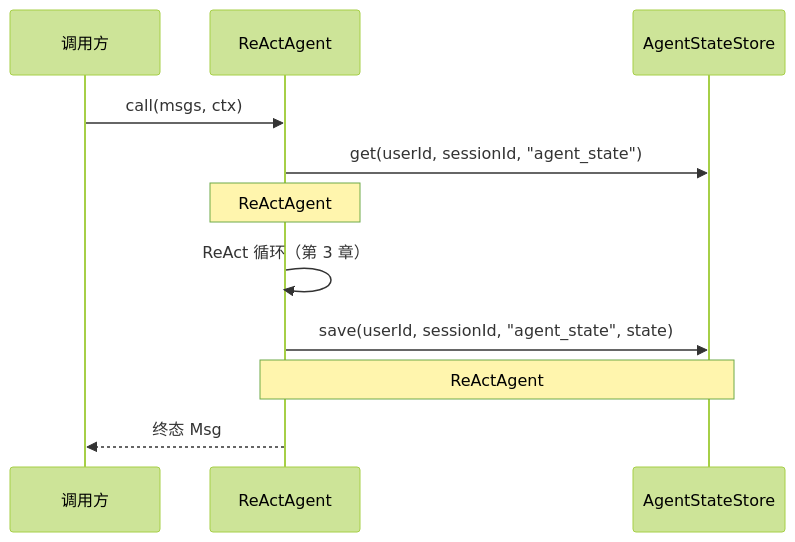
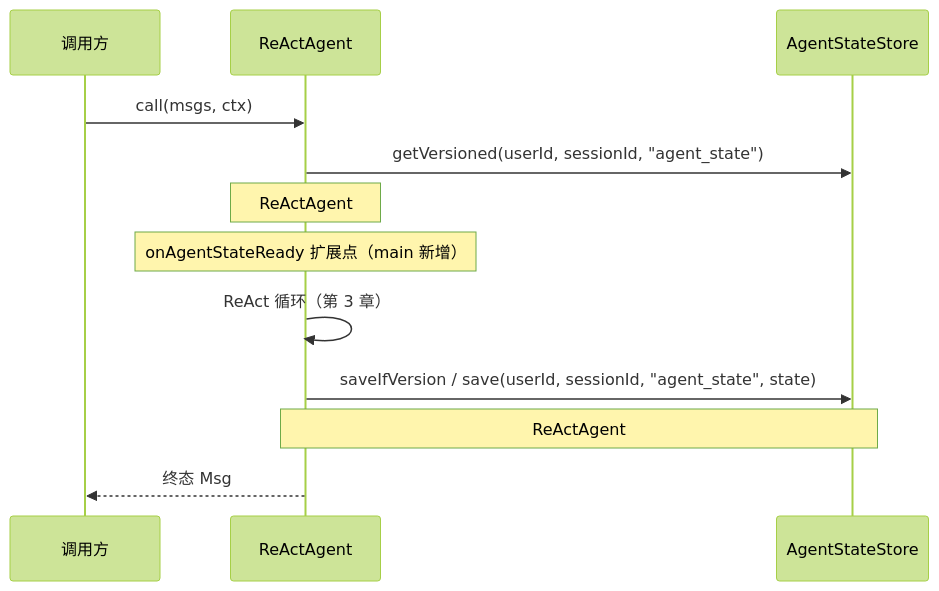
The third of 5 diagrams in 02-消息与状态模型.md (liulangjietou/AgentScope-source-analysis), drawn with Mermaid (forest theme) before and after one commit. The commit also changed other lines of this file, not shown here.

First line of the commit message:
docs(ch02): sync message and state model to upstream main e9721285

````diff
--- a/02-消息与状态模型.md
+++ b/02-消息与状态模型.md
@@ -164,14 +207,15 @@
 ```mermaid
 sequenceDiagram
     participant C as 调用方
     participant RA as ReActAgent
     participant SS as AgentStateStore
 
     C->>RA: call(msgs, ctx)
-    RA->>SS: get(userId, sessionId, "agent_state")
-    Note over RA: ReActAgent#activateSlotForContext<br/>加载或新建 AgentState<br/>重建 PermissionEngine / 恢复激活工具组
+    RA->>SS: getVersioned(userId, sessionId, "agent_state")
+    Note over RA: ReActAgent#activateSlotForContext<br/>加载或新建 AgentState<br/>按加载到的权限上下文重建 PermissionEngine
+    Note over RA: onAgentStateReady 扩展点（main 新增）
     RA->>RA: ReAct 循环（第 3 章）
-    RA->>SS: save(userId, sessionId, "agent_state", state)
+    RA->>SS: saveIfVersion / save(userId, sessionId, "agent_state", state)
     Note over RA,SS: ReActAgent#saveStateToSession<br/>boundedElastic 线程异步写
     RA-->>C: 终态 Msg
 ```
````
